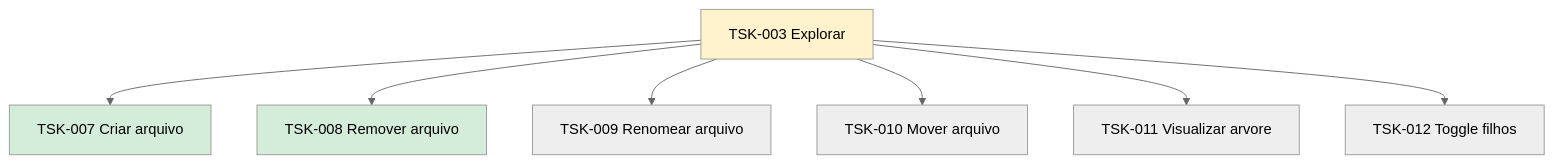
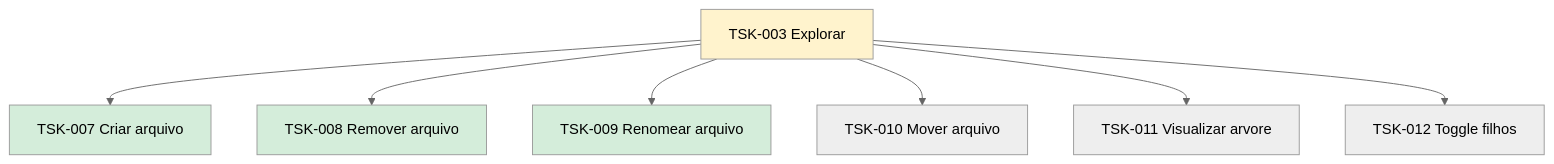
One commit to laerciogermano/workstation changed the diagram in flow/tasks/TSK-001-criar-epico/TSK-002-criar-as-historias/TSK-003-explorar/README.md. Above: the diagram before and after it, drawn with Mermaid (neutral theme). The commit also changed 37 other files, not shown here.

````diff
--- a/flow/tasks/TSK-001-criar-epico/TSK-002-criar-as-historias/TSK-003-explorar/README.md
+++ b/flow/tasks/TSK-001-criar-epico/TSK-002-criar-as-historias/TSK-003-explorar/README.md
@@ -12,19 +12,20 @@
 ```mermaid
 flowchart TD
   T003[TSK-003 Explorar]
   T007[TSK-007 Criar arquivo]
   T008[TSK-008 Remover arquivo]
   T009[TSK-009 Renomear arquivo]
   T010[TSK-010 Mover arquivo]
   T011[TSK-011 Visualizar arvore]
   T012[TSK-012 Toggle filhos]
   T003 --> T007
   T003 --> T008
   T003 --> T009
   T003 --> T010
   T003 --> T011
   T003 --> T012
   style T003 fill:#fff3cd
   style T007 fill:#d4edda
   style T008 fill:#d4edda
+  style T009 fill:#d4edda
 ```
````
